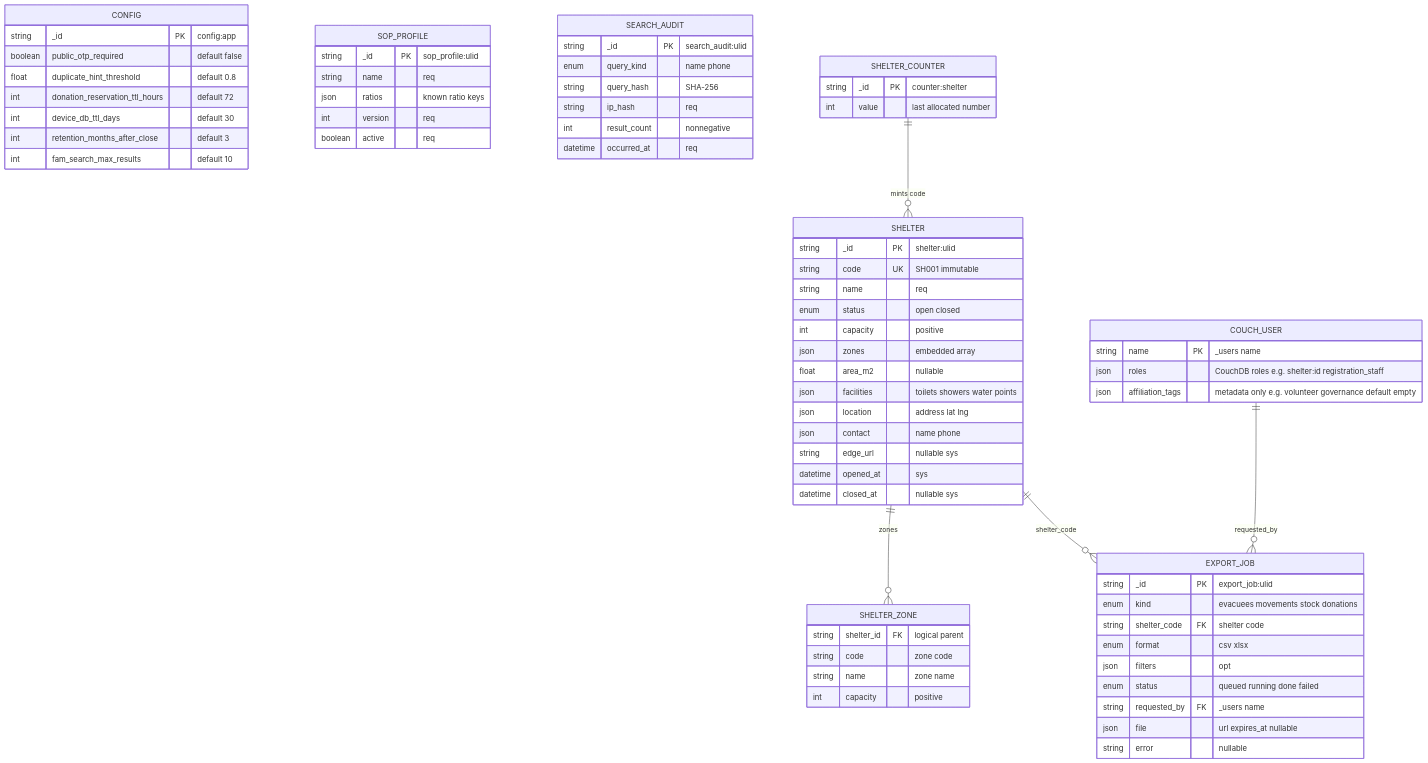
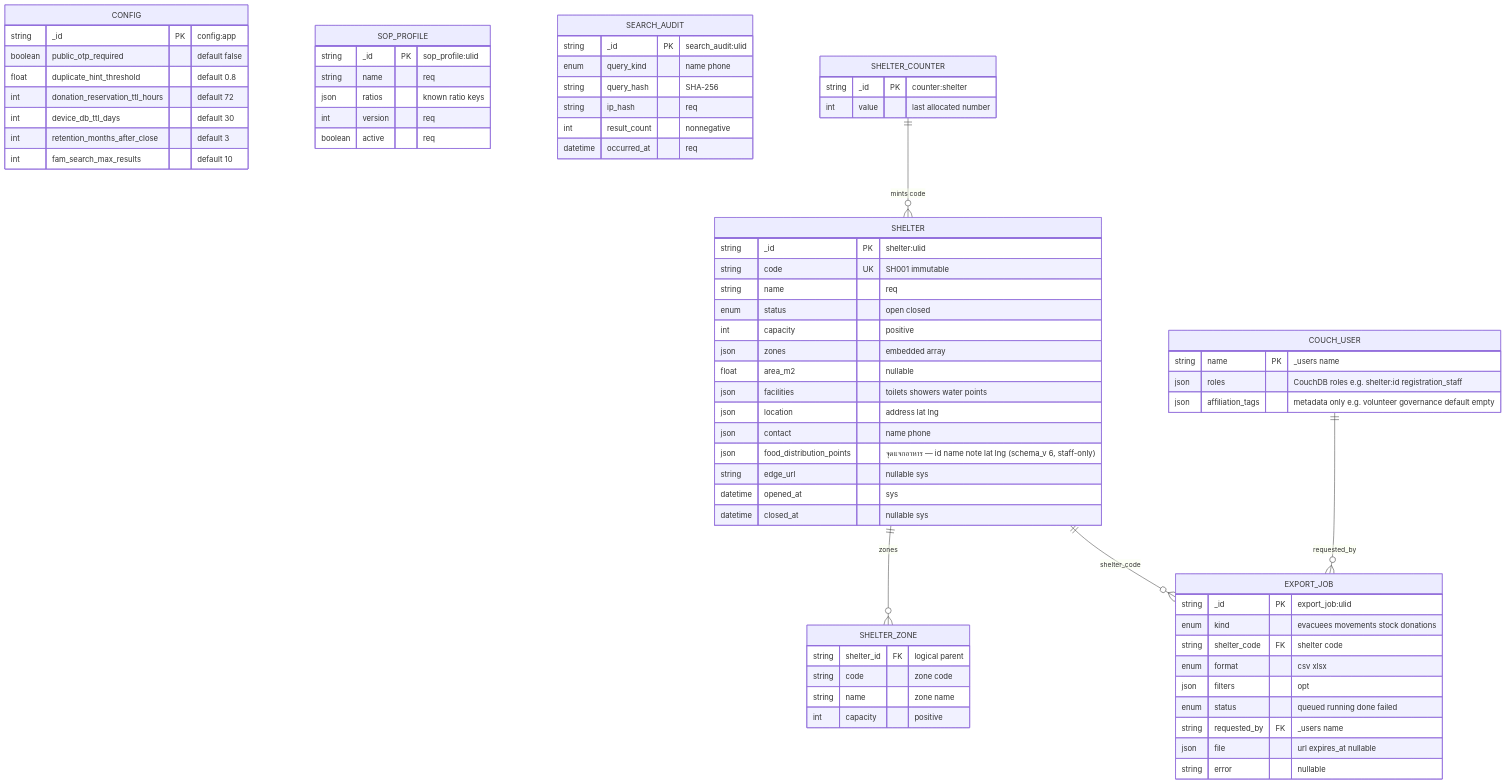
The sixth of 7 diagrams in docs/data/schema-er-diagram.md (r202-coe-psu/tent), drawn with Mermaid before and after one commit. The commit also changed other lines of this file and 30 other files, not shown here.

First line of the commit message:
docs(changes): ratify CR-128 for food distribution points and single-page shelter form

````diff
--- a/docs/data/schema-er-diagram.md
+++ b/docs/data/schema-er-diagram.md
@@ -437,80 +437,81 @@
 ```mermaid
 erDiagram
     SHELTER {
         string _id PK "shelter:ulid"
         string code UK "SH001 immutable"
         string name "req"
         enum status "open closed"
         int capacity "positive"
         json zones "embedded array"
         float area_m2 "nullable"
         json facilities "toilets showers water points"
         json location "address lat lng"
         json contact "name phone"
+        json food_distribution_points "จุดแจกอาหาร — id name note lat lng (schema_v 6, staff-only)"
         string edge_url "nullable sys"
         datetime opened_at "sys"
         datetime closed_at "nullable sys"
     }
 
     SHELTER_ZONE {
         string shelter_id FK "logical parent"
         string code "zone code"
         string name "zone name"
         int capacity "positive"
     }
 
     CONFIG {
         string _id PK "config:app"
         boolean public_otp_required "default false"
         float duplicate_hint_threshold "default 0.8"
         int donation_reservation_ttl_hours "default 72"
         int device_db_ttl_days "default 30"
         int retention_months_after_close "default 3"
         int fam_search_max_results "default 10"
     }
 
     SOP_PROFILE {
         string _id PK "sop_profile:ulid"
         string name "req"
         json ratios "known ratio keys"
         int version "req"
         boolean active "req"
     }
 
     SEARCH_AUDIT {
         string _id PK "search_audit:ulid"
         enum query_kind "name phone"
         string query_hash "SHA-256"
         string ip_hash "req"
         int result_count "nonnegative"
         datetime occurred_at "req"
     }
 
     EXPORT_JOB {
         string _id PK "export_job:ulid"
         enum kind "evacuees movements stock donations"
         string shelter_code FK "shelter code"
         enum format "csv xlsx"
         json filters "opt"
         enum status "queued running done failed"
         string requested_by FK "_users name"
         json file "url expires_at nullable"
         string error "nullable"
     }
 
     SHELTER_COUNTER {
         string _id PK "counter:shelter"
         int value "last allocated number"
     }
 
     COUCH_USER {
         string name PK "_users name"
         json roles "CouchDB roles e.g. shelter:id registration_staff"
         json affiliation_tags "metadata only e.g. volunteer governance default empty"
     }
 
     SHELTER ||--o{ SHELTER_ZONE : "zones"
     SHELTER_COUNTER ||--o{ SHELTER : "mints code"
     SHELTER ||--o{ EXPORT_JOB : "shelter_code"
     COUCH_USER ||--o{ EXPORT_JOB : "requested_by"
 ```
````
